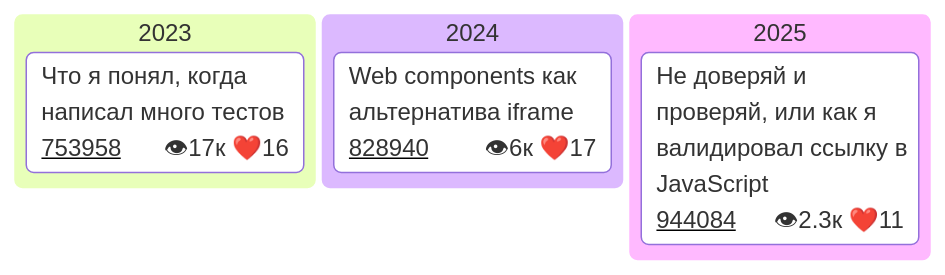
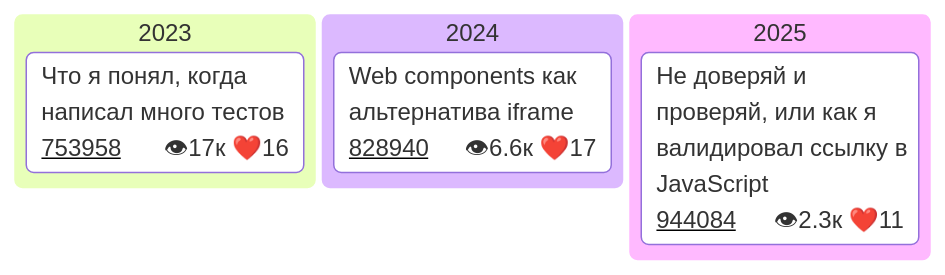
Before and after one commit to Goodzonchik/Goodzonchik: the fourth of 4 diagrams in README.md, drawn with Mermaid.

````diff
--- a/README.md
+++ b/README.md
@@ -50,24 +50,24 @@
 ```mermaid
 ---
 config:
   kanban:
     ticketBaseUrl: 'https://habr.com/ru/companies/tbank/articles/#TICKET#'
 
 ---
 kanban
   2023
     card1["Что я понял, когда написал много тестов"]@{
       ticket: 753958
       assigned: 👁17к ❤️16
     }
   2024
     card2["Web components как альтернатива iframe"]@{
       ticket: 828940
-      assigned: 👁6к ❤️17
+      assigned: 👁6.6к ❤️17
     }
   2025
     card3["Не доверяй и проверяй, или как я валидировал ссылку в JavaScript"]@{
       ticket: 944084
       assigned: 👁2.3к ❤️11
     }
 ```
````
